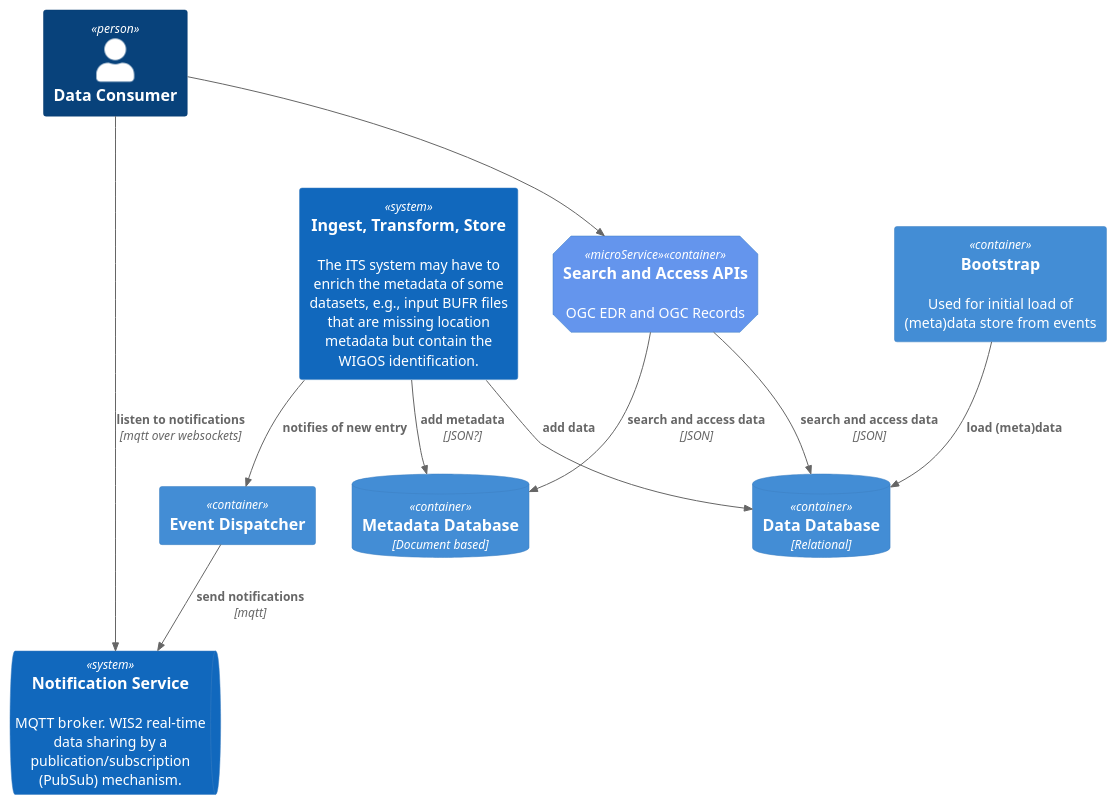
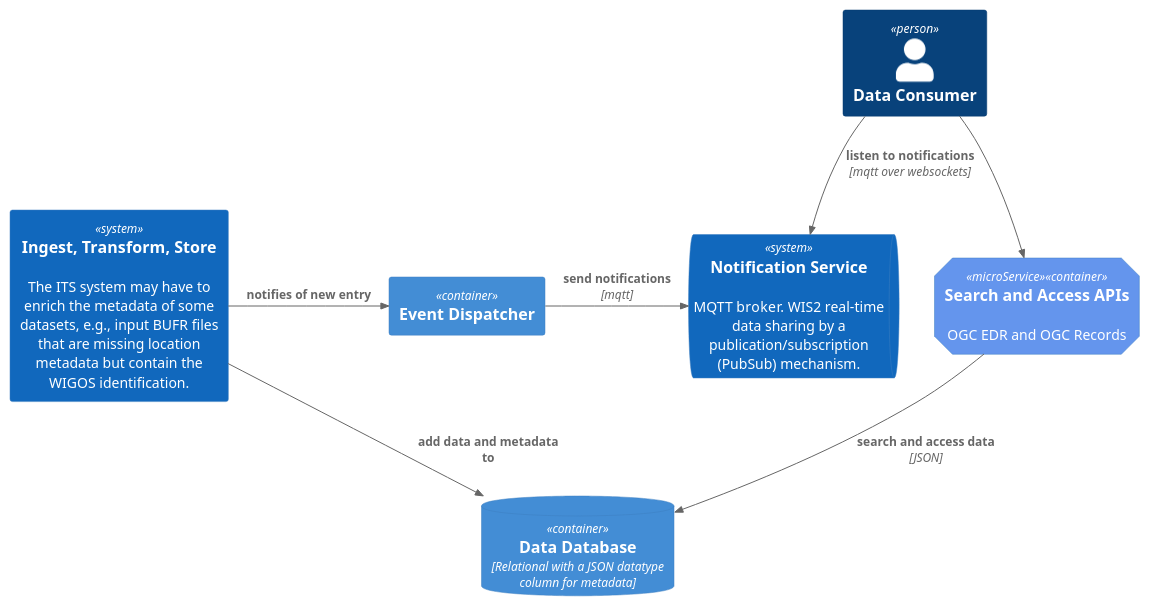
One commit to EURODEO/e-soh-poc-report changed the diagram in poc-experiments/datastore-choices/container-relational-and-json-data-store.puml. Above: the diagram before and after it, drawn with PlantUML. The commit also changed 2 other files, not shown here.

Commit message:
Fix puml-diagrams before removal :)

```diff
--- a/poc-experiments/datastore-choices/container-relational-and-json-data-store.puml
+++ b/poc-experiments/datastore-choices/container-relational-and-json-data-store.puml
@@ -1,34 +1,28 @@
 @startuml "c4-container-relational-and-json-data-store"
 !include https://raw.githubusercontent.com/plantuml-stdlib/C4-PlantUML/master/C4_Container.puml
 
 '3C
 
 AddElementTag("microService", $shape=EightSidedShape(), $bgColor="CornflowerBlue", $fontColor="white", $legendText="micro service\neight sided")
 
 Person(consumer, "Data Consumer")
 
 System(its, "Ingest, Transform, Store", "The ITS system may have to enrich the metadata of some datasets, e.g., input BUFR files that are missing location metadata but contain the WIGOS identification.")
 
 SystemQueue(queue, "Notification Service", "MQTT broker. WIS2 real-time data sharing by a publication/subscription (PubSub) mechanism.")
 
+ContainerDb(db, "Data Database", "Relational with a JSON datatype column for metadata")
+
 Container(edr, "Search and Access APIs", "", "OGC EDR and OGC Records", $tags = "microService")
-ContainerDb(db, "Data Database", "Relational")
-ContainerDb(db_meta, "Metadata Database", "Document based")
 Container(eventsender, "Event Dispatcher")
-Container(bootstrap, "Bootstrap", "", "Used for initial load of (meta)data store from events")
 
-Rel(its, db, "add data", "")
-Rel(its, db_meta, "add metadata", "JSON?")
-
-Rel(its, eventsender, "notifies of new entry")
-Rel(eventsender, queue, "send notifications", "mqtt")
-
-Rel_D(bootstrap, db, "load (meta)data", "")
+Rel_R(its, db, "add data and metadata to", "")
+Rel_R(its, eventsender, "notifies of new entry")
+Rel_R(eventsender, queue, "send notifications", "mqtt")
 
 Rel(consumer, queue, "listen to notifications", "mqtt over websockets")
 
 Rel(edr, db, "search and access data", "JSON")
-Rel(edr, db_meta, "search and access data", "JSON")
 Rel(consumer, edr, "", "")
 
 @enduml
```
